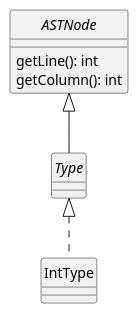
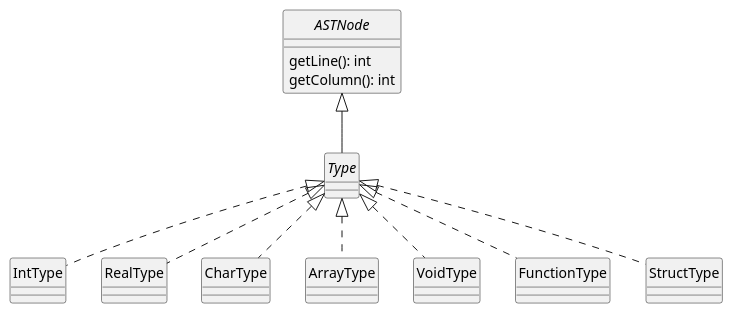
One commit to uo271288/dlp-compiler changed the diagram in docs/diagrams/types.plantuml. Above: the diagram before and after it, drawn with PlantUML.

Commit message:
Type Diagram finished

```diff
--- a/docs/diagrams/types.plantuml
+++ b/docs/diagrams/types.plantuml
@@ -1,18 +1,35 @@
 @startuml Types
 skinparam style strictuml
 skinparam monochrome true
 
 interface ASTNode {
     getLine(): int
     getColumn(): int
 }
 
 interface Type
 
-ASTNode <|-- Type
-
 class IntType
 
+class RealType
+
+class CharType
+
+class ArrayType
+
+class VoidType
+
+class FunctionType
+
+class StructType
+
+ASTNode <|-- Type
 Type <|.. IntType
+Type <|.. RealType
+Type <|.. CharType
+Type <|.. ArrayType
+Type <|.. VoidType
+Type <|.. FunctionType
+Type <|.. StructType
 
 @enduml
```
